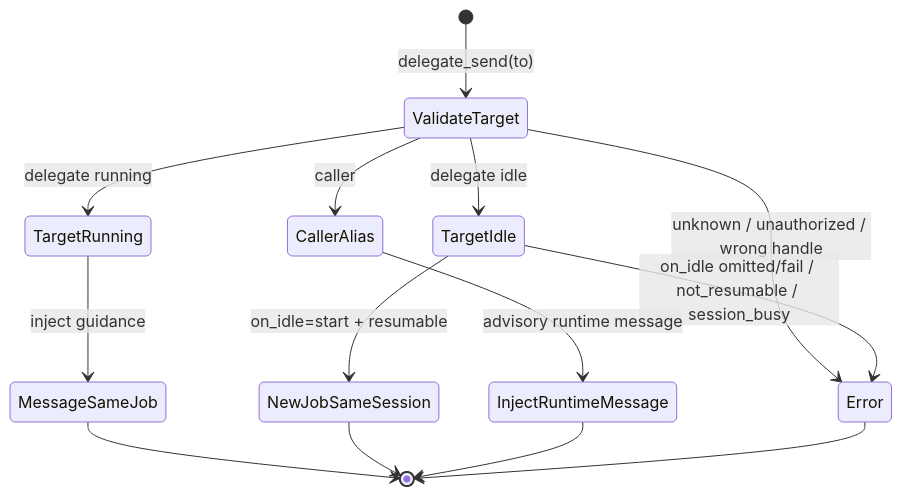
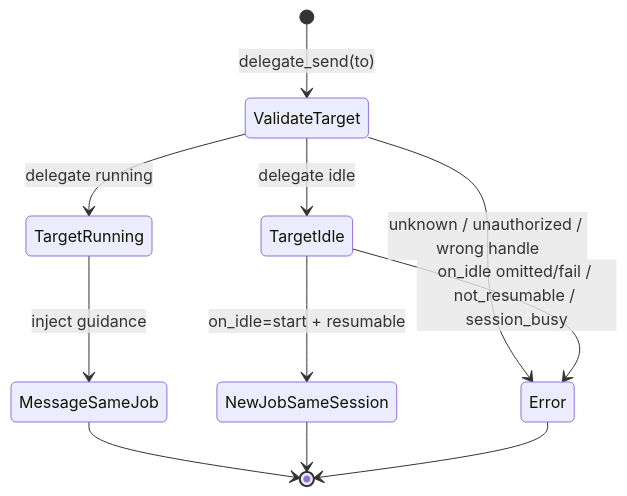
The second of 7 diagrams in docs/job-control.md (prime-radiant-inc/evener), drawn with Mermaid before and after one commit. The commit also changed other lines of this file and 16 other files, not shown here.

````diff
--- a/docs/job-control.md
+++ b/docs/job-control.md
@@ -420,16 +420,13 @@
 ```mermaid
 stateDiagram-v2
     [*] --> ValidateTarget: delegate_send(to)
     ValidateTarget --> Error: unknown / unauthorized / wrong handle
     ValidateTarget --> TargetRunning: delegate running
     ValidateTarget --> TargetIdle: delegate idle
-    ValidateTarget --> CallerAlias: caller
     TargetRunning --> MessageSameJob: inject guidance
     TargetIdle --> NewJobSameSession: on_idle=start + resumable
     TargetIdle --> Error: on_idle omitted/fail / not_resumable / session_busy
-    CallerAlias --> InjectRuntimeMessage: advisory runtime message
     MessageSameJob --> [*]
     NewJobSameSession --> [*]
-    InjectRuntimeMessage --> [*]
     Error --> [*]
 ```
````
